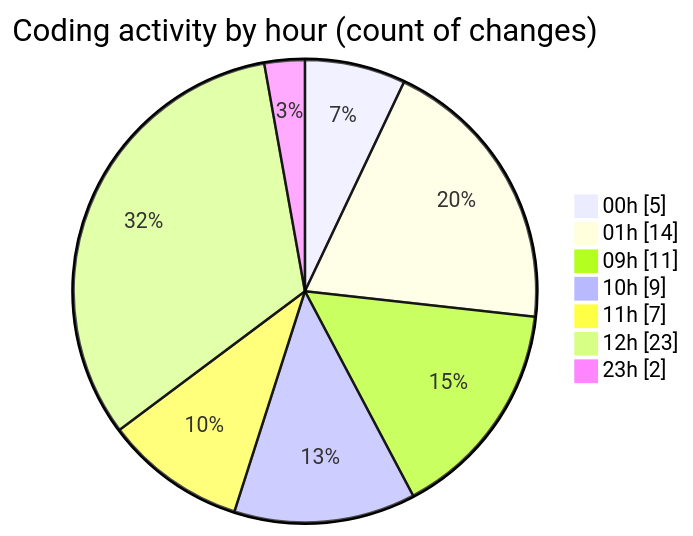
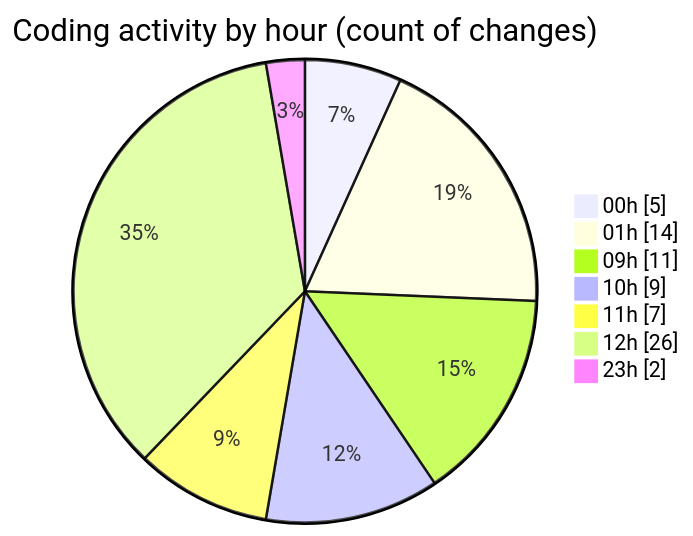
Before and after one commit to julien-gomy/code-tracking: the second of 2 diagrams in 2025-11-26/eventscop-frontend-guide__workspace_/README.md, drawn with Mermaid. The commit also changed other lines of this file and 1 other file, not shown here.

````diff
--- a/2025-11-26/eventscop-frontend-guide__workspace_/README.md
+++ b/2025-11-26/eventscop-frontend-guide__workspace_/README.md
@@ -46,11 +46,11 @@
 ```mermaid
 pie showData
 title Coding activity by hour (count of changes)
 "00h" : 5
 "01h" : 14
 "09h" : 11
 "10h" : 9
 "11h" : 7
-"12h" : 23
+"12h" : 26
 "23h" : 2
 ```
````
